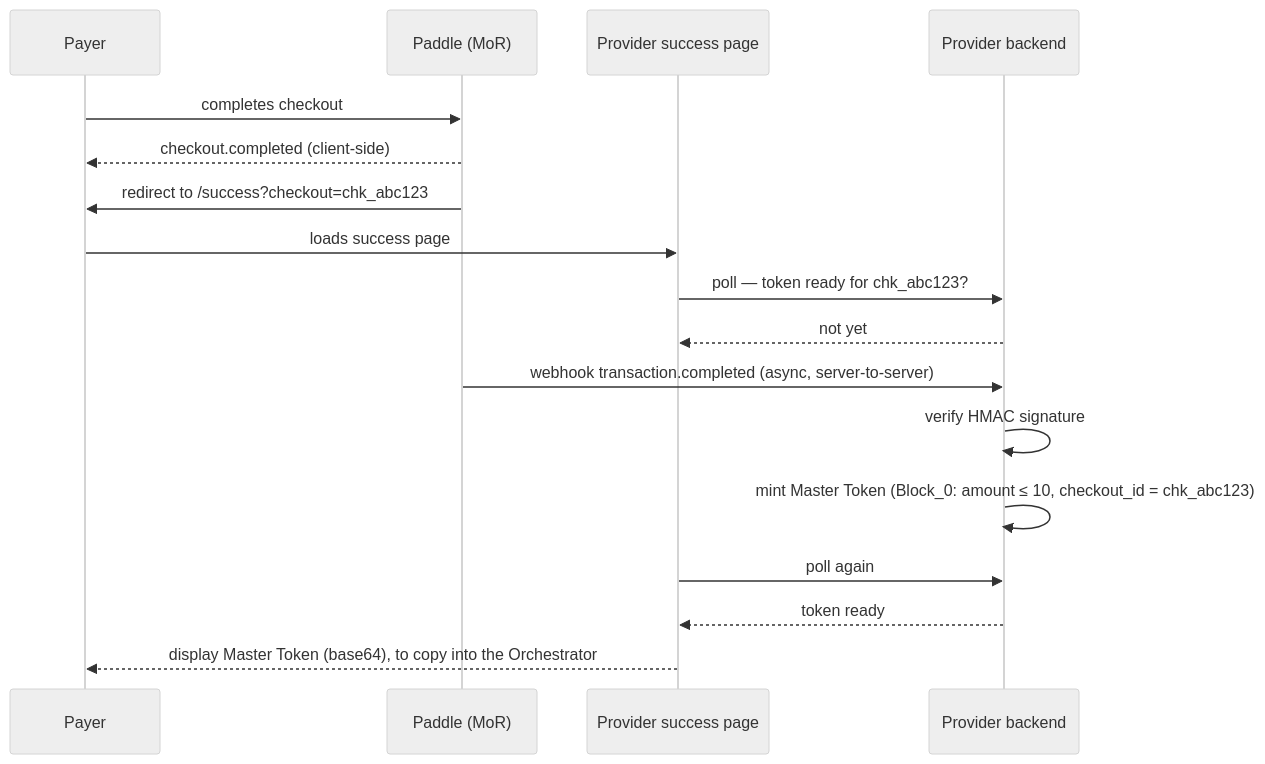
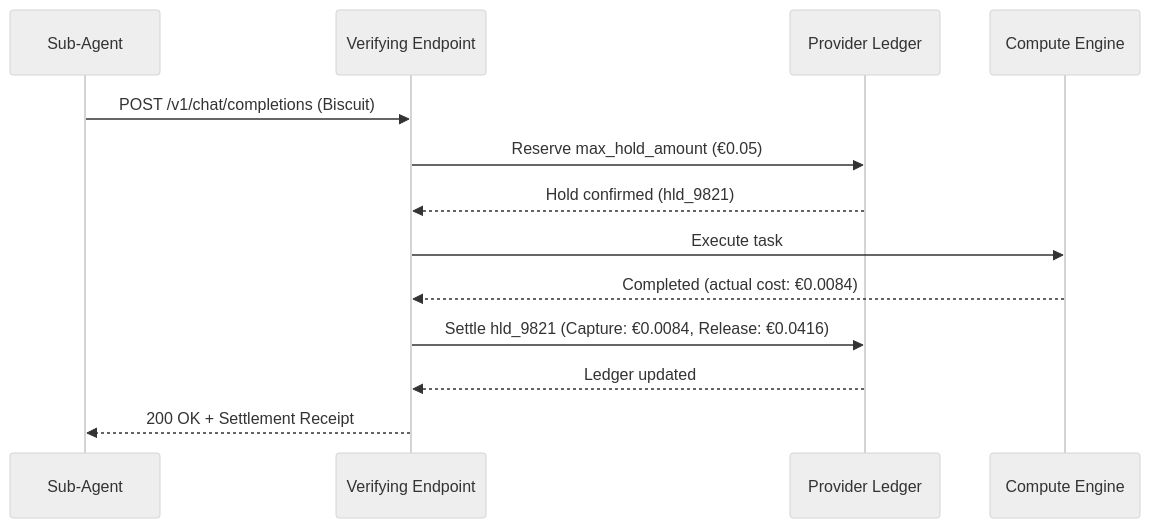
Before and after one commit to mceleri/attenuated-agent-budgets: the second of 3 diagrams in 02-architecture.md, drawn with Mermaid (neutral theme). The commit also changed other lines of this file and 14 other files, not shown here.

````diff
--- a/02-architecture.md
+++ b/02-architecture.md
@@ -193,20 +115,16 @@
 ```mermaid
 sequenceDiagram
-    participant U as Payer
-    participant PD as Paddle (MoR)
-    participant SP as Provider success page
-    participant PB as Provider backend
+    participant SA as Sub-Agent
+    participant EP as Verifying Endpoint
+    participant LD as Provider Ledger
+    participant EX as Compute Engine
 
-    U->>PD: completes checkout
-    PD-->>U: checkout.completed (client-side)
-    PD->>U: redirect to /success?checkout=chk_abc123
-    U->>SP: loads success page
-    SP->>PB: poll — token ready for chk_abc123?
-    PB-->>SP: not yet
-    PD->>PB: webhook transaction.completed (async, server-to-server)
-    PB->>PB: verify HMAC signature
-    PB->>PB: mint Master Token (Block_0: amount ≤ 10, checkout_id = chk_abc123)
-    SP->>PB: poll again
-    PB-->>SP: token ready
-    SP-->>U: display Master Token (base64), to copy into the Orchestrator
+    SA->>EP: POST /v1/chat/completions (Biscuit)
+    EP->>LD: Reserve max_hold_amount (€0.05)
+    LD-->>EP: Hold confirmed (hld_9821)
+    EP->>EX: Execute task
+    EX-->>EP: Completed (actual cost: €0.0084)
+    EP->>LD: Settle hld_9821 (Capture: €0.0084, Release: €0.0416)
+    LD-->>EP: Ledger updated
+    EP-->>SA: 200 OK + Settlement Receipt
 ```
````
